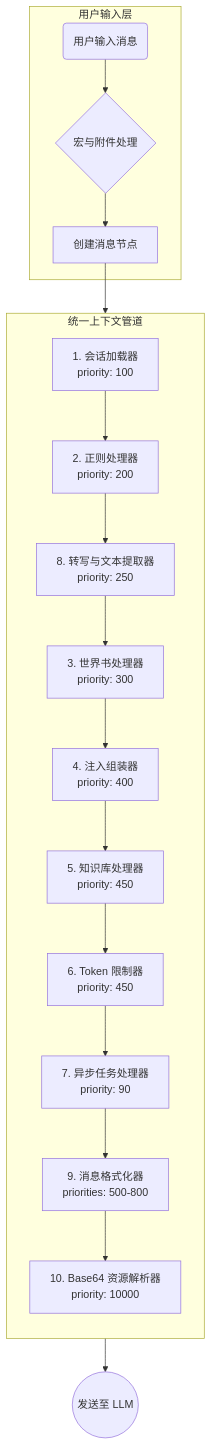
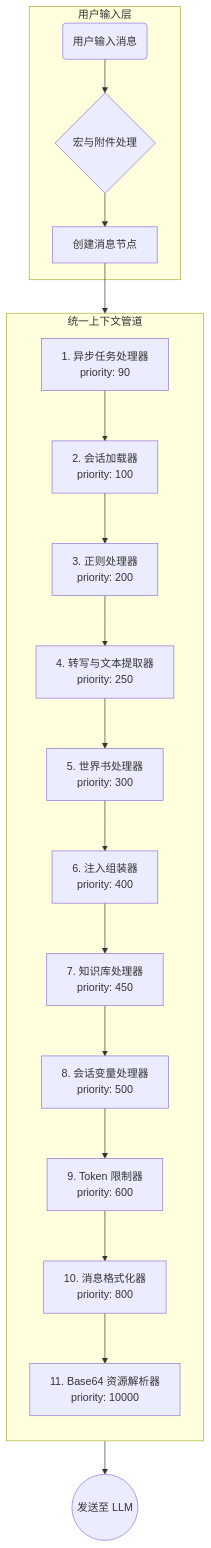
Before and after one commit to miaotouy/aio-hub: the diagram in src/tools/llm-chat/docs/architecture/context-pipeline.md, drawn with Mermaid. The commit also changed other lines of this file and 3 other files, not shown here.

````diff
--- a/src/tools/llm-chat/docs/architecture/context-pipeline.md
+++ b/src/tools/llm-chat/docs/architecture/context-pipeline.md
@@ -19,27 +19,28 @@
 ```mermaid
 graph TD
     subgraph Input [用户输入层]
         A1(用户输入消息) --> A2{宏与附件处理}
         A2 --> A3[创建消息节点]
     end
 
     subgraph Pipeline [统一上下文管道]
         direction TB
-        P1[1. 会话加载器<br/>priority: 100]
-        P2[2. 正则处理器<br/>priority: 200]
-        P3[3. 世界书处理器<br/>priority: 300]
-        P4[4. 注入组装器<br/>priority: 400]
-        P5[5. 知识库处理器<br/>priority: 450]
-        P6[6. Token 限制器<br/>priority: 450]
-        P7[7. 异步任务处理器<br/>priority: 90]
-        P8[8. 转写与文本提取器<br/>priority: 250]
-        P9[9. 消息格式化器<br/>priorities: 500-800]
-        P10[10. Base64 资源解析器<br/>priority: 10000]
+        P0[1. 异步任务处理器<br/>priority: 90]
+        P1[2. 会话加载器<br/>priority: 100]
+        P2[3. 正则处理器<br/>priority: 200]
+        P3[4. 转写与文本提取器<br/>priority: 250]
+        P4[5. 世界书处理器<br/>priority: 300]
+        P5[6. 注入组装器<br/>priority: 400]
+        P6[7. 知识库处理器<br/>priority: 450]
+        P7[8. 会话变量处理器<br/>priority: 500]
+        P8[9. Token 限制器<br/>priority: 600]
+        P9[10. 消息格式化器<br/>priority: 800]
+        P10[11. Base64 资源解析器<br/>priority: 10000]
 
-        P1 --> P2 --> P8 --> P3 --> P4 --> P5 --> P6 --> P7 --> P9 --> P10
+        P0 --> P1 --> P2 --> P3 --> P4 --> P5 --> P6 --> P7 --> P8 --> P9 --> P10
     end
 
     A3 --> Pipeline
     P10 --> Final((发送至 LLM))
 
 ```
````
